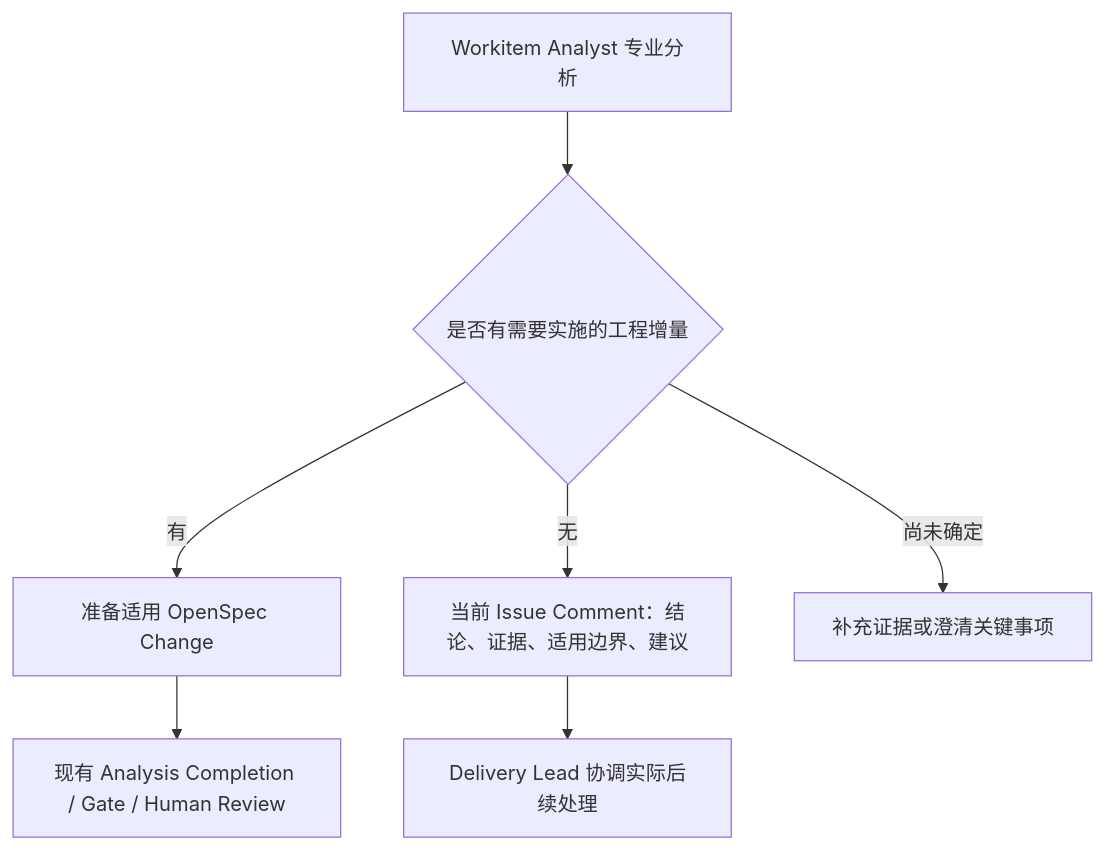
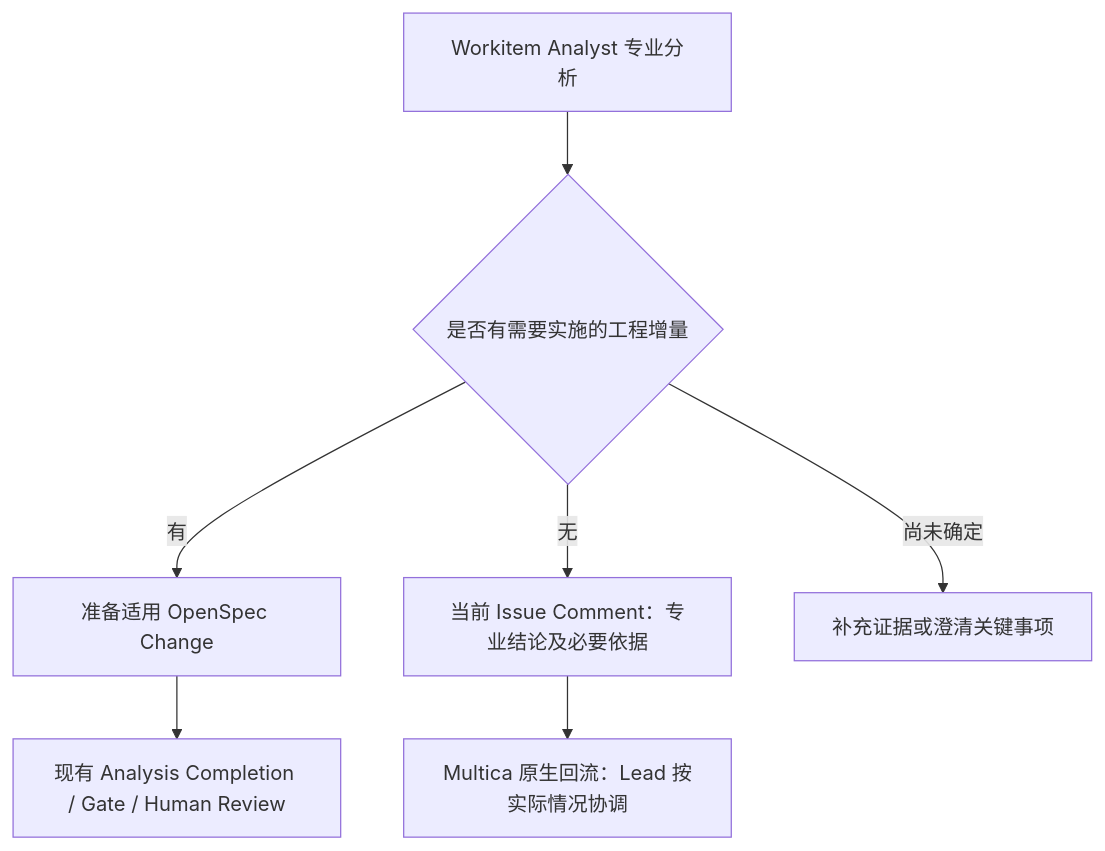
One commit to lilei921/winning-platform-rondo changed the diagram in 16-analysis-no-change-and-efficiency-optimization-plan.md. Above: the diagram before and after it, drawn with Mermaid. The commit also changed other lines of this file, not shown here.

````diff
--- a/16-analysis-no-change-and-efficiency-optimization-plan.md
+++ b/16-analysis-no-change-and-efficiency-optimization-plan.md
@@ -174,9 +178,9 @@
 ```mermaid
 flowchart TD
   A[Workitem Analyst 专业分析] --> B{是否有需要实施的工程增量}
   B -->|有| C[准备适用 OpenSpec Change]
   C --> D[现有 Analysis Completion / Gate / Human Review]
-  B -->|无| E[当前 Issue Comment：结论、证据、适用边界、建议]
-  E --> F[Delivery Lead 协调实际后续处理]
+  B -->|无| E[当前 Issue Comment：专业结论及必要依据]
+  E --> F[Multica 原生回流：Lead 按实际情况协调]
   B -->|尚未确定| G[补充证据或澄清关键事项]
 ```
````
